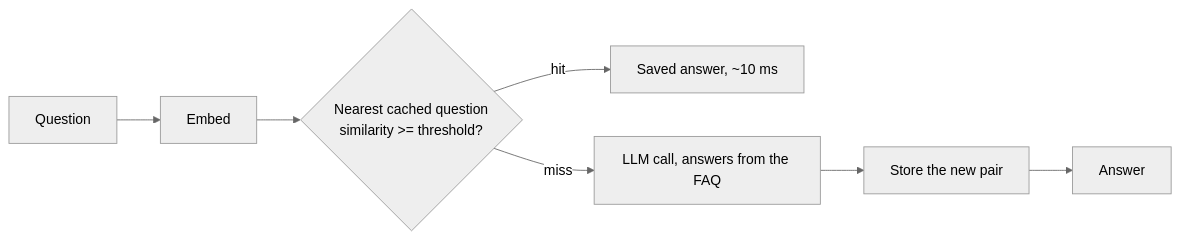
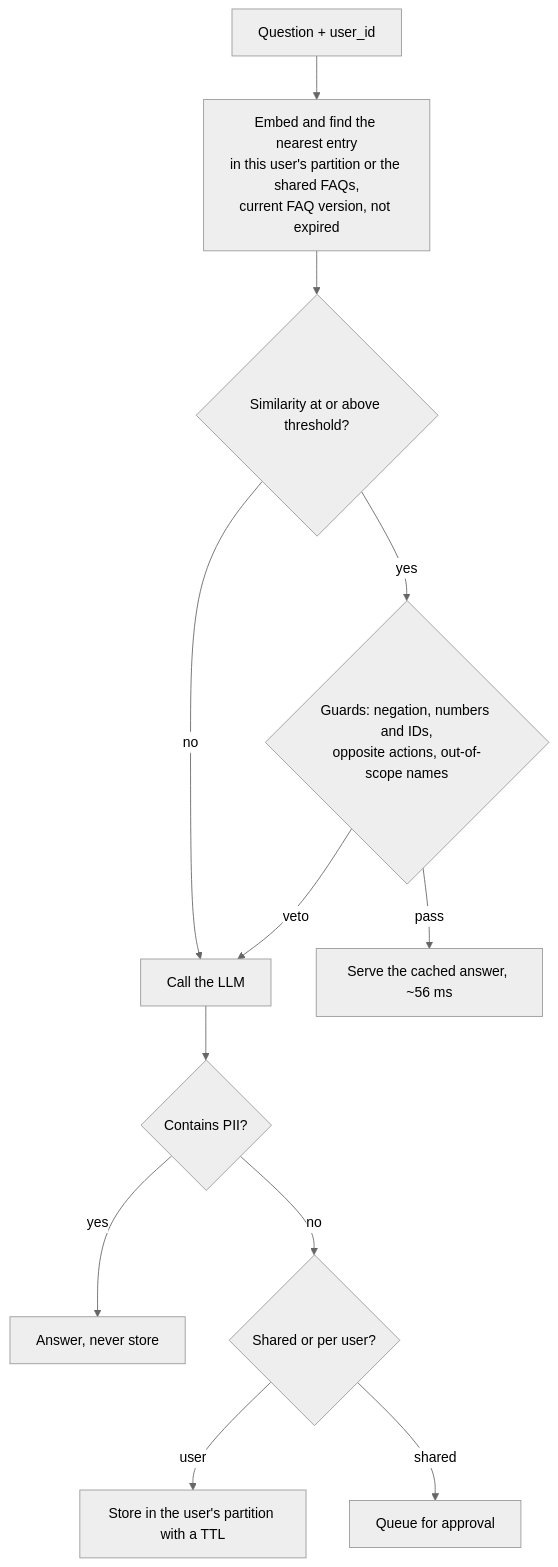
Before and after one commit to mohammedp010/pakka: the diagram in README.md, drawn with Mermaid (neutral theme). The commit also changed other lines of this file and 9 other files, not shown here.

````diff
--- a/README.md
+++ b/README.md
@@ -16,6 +102,14 @@
 ```mermaid
-flowchart LR
-    Q[Question] --> E[Embed] --> L{Nearest cached question<br/>similarity >= threshold?}
-    L -- hit --> A[Saved answer, ~10 ms]
-    L -- miss --> M[LLM call, answers from the FAQ] --> S[Store the new pair] --> B[Answer]
+flowchart TD
+    Q[Question + user_id] --> E[Embed and find the nearest entry<br/>in this user's partition or the shared FAQs,<br/>current FAQ version, not expired]
+    E --> T{Similarity at or above threshold?}
+    T -- no --> L[Call the LLM]
+    T -- yes --> G{Guards: negation, numbers and IDs,<br/>opposite actions, out-of-scope names}
+    G -- veto --> L
+    G -- pass --> H[Serve the cached answer, ~56 ms]
+    L --> P{Contains PII?}
+    P -- yes --> N[Answer, never store]
+    P -- no --> S{Shared or per user?}
+    S -- user --> U[Store in the user's partition with a TTL]
+    S -- shared --> A[Queue for approval]
 ```
````
